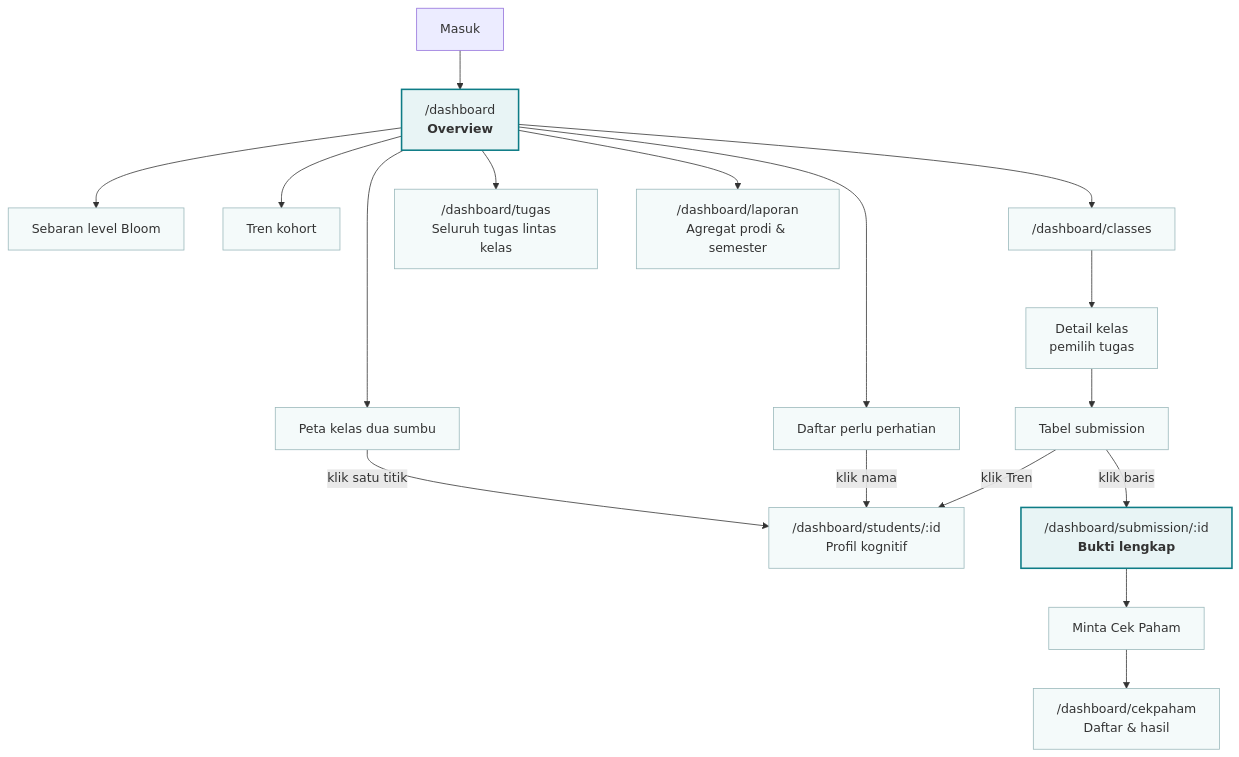
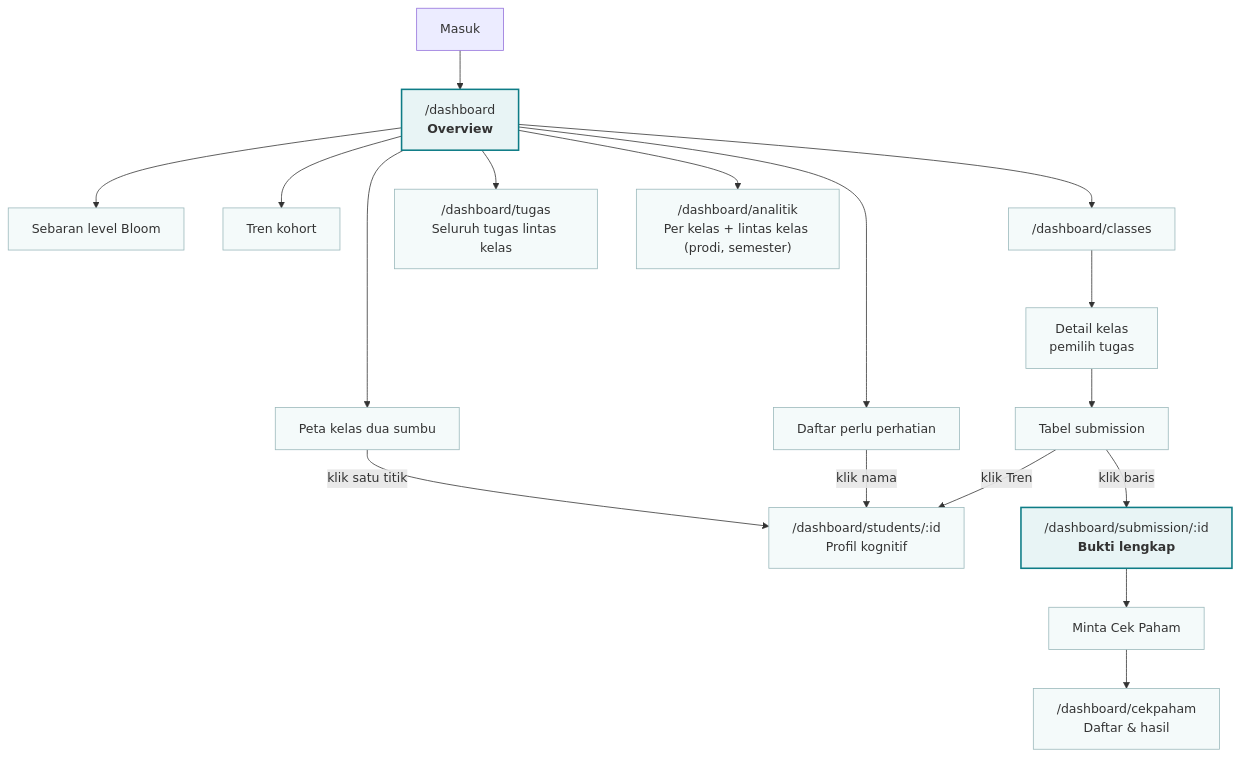
The first of 5 diagrams in diagram/02-alur-dosen.md (FadhRach/ThinkPath), drawn with Mermaid before and after one commit. The commit also changed 211 other files, not shown here.

````diff
--- a/diagram/02-alur-dosen.md
+++ b/diagram/02-alur-dosen.md
@@ -10,29 +10,29 @@
 ```mermaid
 flowchart TD
     L["Masuk"] --> OV["/dashboard<br/><b>Overview</b>"]
 
     OV --> PK["Peta kelas dua sumbu"]
     OV --> SB["Sebaran level Bloom"]
     OV --> TK["Tren kohort"]
     OV --> PP["Daftar perlu perhatian"]
 
     PK -->|"klik satu titik"| PROF["/dashboard/students/:id<br/>Profil kognitif"]
     PP -->|"klik nama"| PROF
 
     OV --> KLS["/dashboard/classes"]
     KLS --> DET["Detail kelas<br/>pemilih tugas"]
     DET --> TBL["Tabel submission"]
     TBL -->|"klik baris"| SUB["/dashboard/submission/:id<br/><b>Bukti lengkap</b>"]
     TBL -->|"klik Tren"| PROF
 
     SUB --> VER["Minta Cek Paham"]
     VER --> ANT["/dashboard/cekpaham<br/>Daftar & hasil"]
 
     OV --> TGS["/dashboard/tugas<br/>Seluruh tugas lintas kelas"]
-    OV --> LAP["/dashboard/laporan<br/>Agregat prodi & semester"]
+    OV --> LAP["/dashboard/analitik<br/>Per kelas + lintas kelas (prodi, semester)"]
 
     classDef utama fill:#E8F4F5,stroke:#0E7C86,stroke-width:2px
     classDef biasa fill:#F4FAFA,stroke:#9AB8BB
     class OV,SUB utama
     class PK,SB,TK,PP,KLS,DET,TBL,PROF,VER,ANT,TGS,LAP biasa
 ```
````
